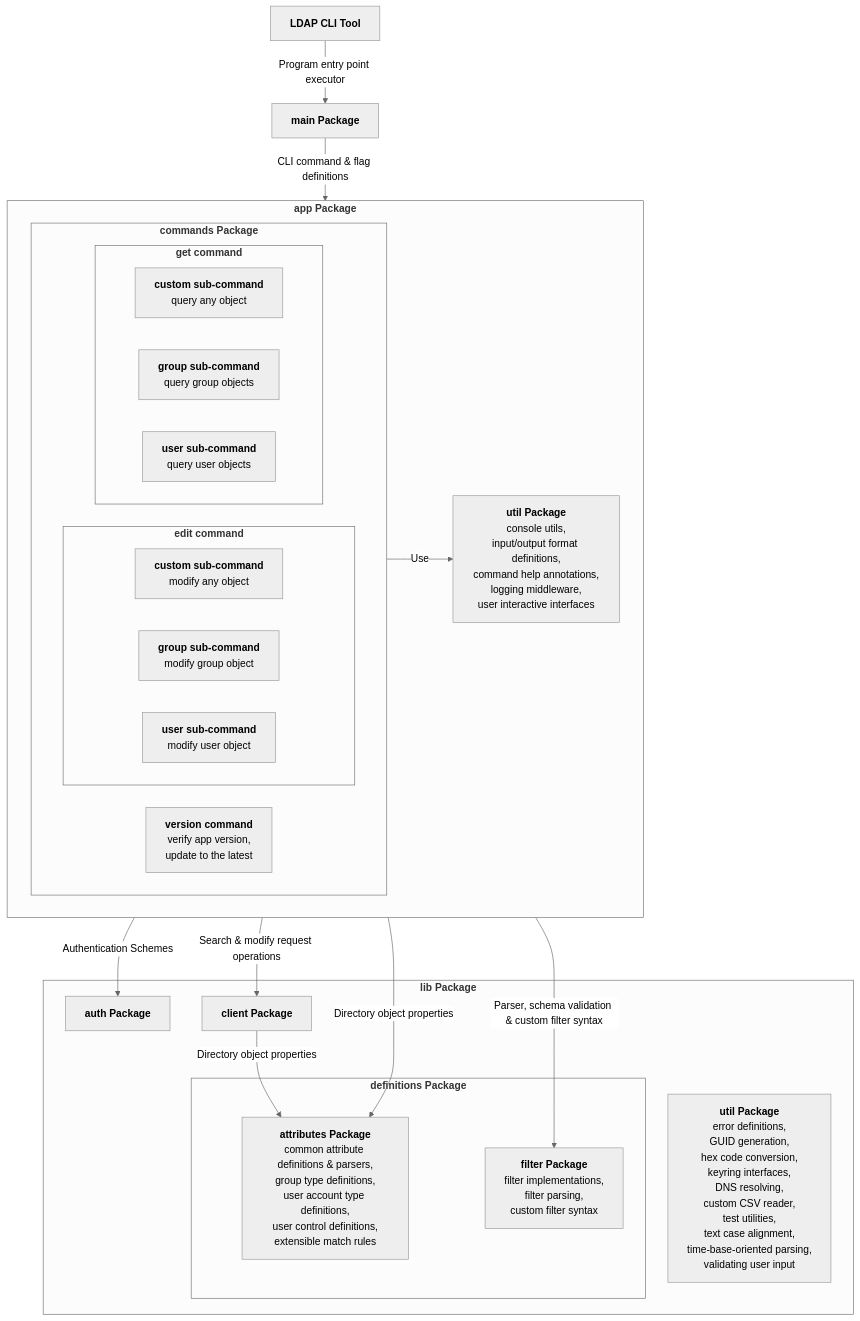
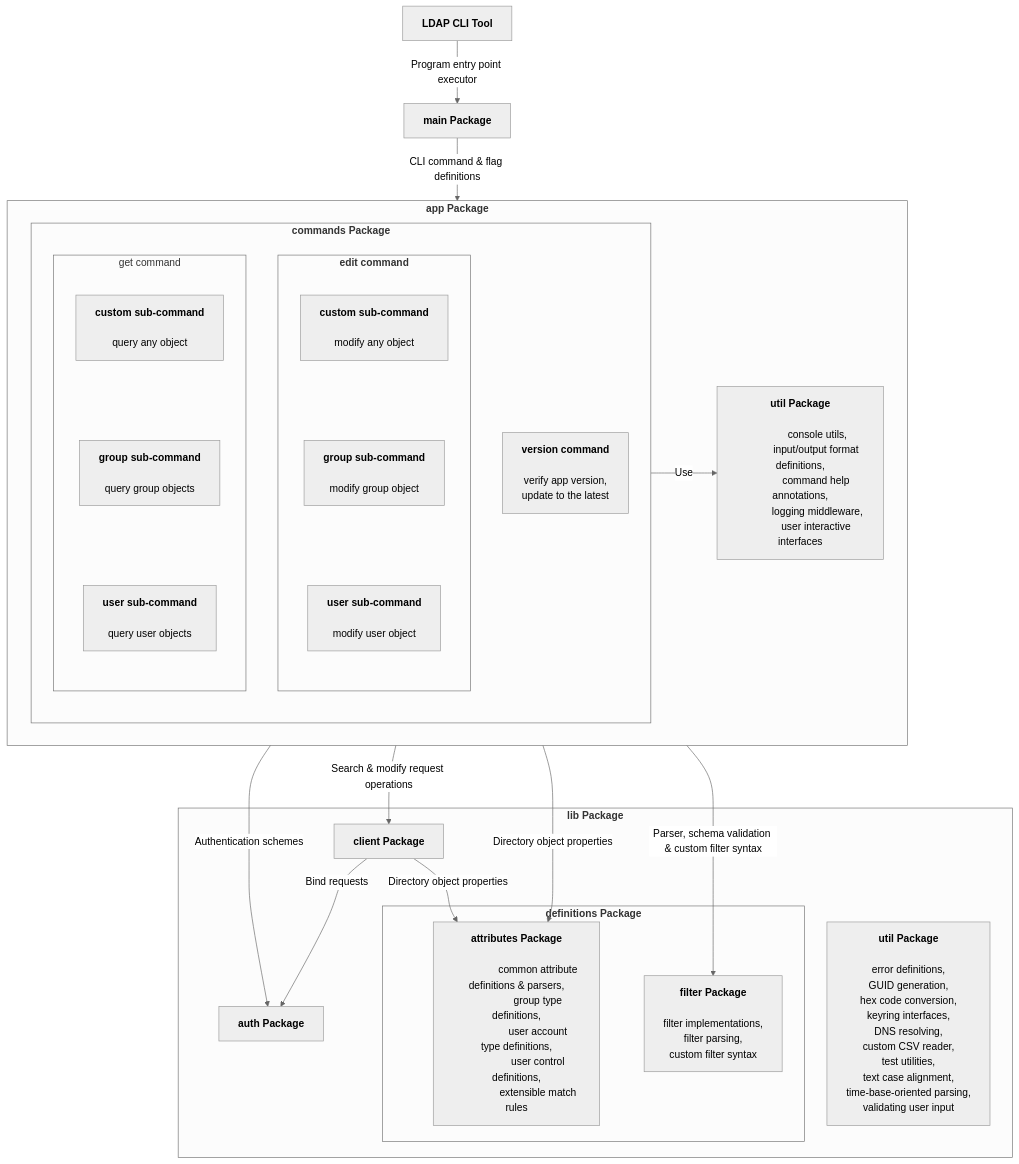
Before and after one commit to sarumaj/ldap-cli: the diagram in README.md, drawn with Mermaid (neutral theme).

Commit message:
escape backtick

````diff
--- a/README.md
+++ b/README.md
@@ -234,18 +234,43 @@
 ```mermaid
+%%{init: { "flowchart": { "htmlLabels": true } } }%%
 graph TB
-    CLI_Tool["`**LDAP CLI Tool**`"] -->|Program entry point executor| Main["`**main Package**`"]
+    CLI_Tool["<b>LDAP CLI Tool</b>"] -->|Program entry point executor| Main["<b>main Package</b>"]
     Main -->|CLI command & flag definitions| App
-    App -->|Authentication Schemes| Auth
+    App -->|Authentication schemes| Auth
     App -->|Search & modify request operations| Client
+    Client -->|Bind requests| Auth
     Client -->|Directory object properties| Attributes
     App -->|Directory object properties| Attributes
     App -->|Parser, schema validation & custom filter syntax| Filter
-    subgraph Lib["`**lib Package**`"]
-        Auth["`**auth Package**`"]
-        Client["`**client Package**`"]
-        Definitions["`**definitions Package**`"]
-        UtilLib["`
-            **util Package**
+    Commands -->|Use| UtilApp
+    EditCustom ~~~ EditGroup
+    EditGroup ~~~ EditUser
+    GetCustom ~~~ GetGroup
+    GetGroup ~~~ GetUser
+    subgraph Lib["<b>lib Package</b>"]
+        Auth["<b>auth Package</b>"]
+        Client["<b>client Package</b>"]
+        subgraph Definitions["<b>definitions Package</b>"]
+            Attributes["
+                <b>attributes Package</b>
+
+                common attribute definitions & parsers,
+                group type definitions,
+                user account type definitions,
+                user control definitions,
+                extensible match rules
+            "]
+            Filter["
+                <b>filter Package</b>
+
+                filter implementations,
+                filter parsing,
+                custom filter syntax
+            "]
+        end
+        UtilLib["
+            <b>util Package</b>
+
             error definitions,
             GUID generation,
             hex code conversion,
@@ -256,71 +281,61 @@
             text case alignment,
             time-base-oriented parsing,
             validating user input
-        `"]
+        "]
     end
-    subgraph App["`**app Package**`"]
-        Commands["`**commands Package**`"]
-        UtilApp["`
-            **util Package**
+    subgraph App["<b>app Package</b>"]
+        subgraph Commands["<b>commands Package</b>"]
+            subgraph EditCmd["<b>edit command</b>"]
+                direction TB
+                EditCustom["
+                    <b>custom sub-command</b>
+
+                    modify any object
+                "]
+                EditGroup["
+                    <b>group sub-command</b>
+
+                    modify group object
+                "]
+                EditUser["
+                    <b>user sub-command</b>
+
+                    modify user object
+                "]
+            end
+            subgraph GetCmd["get command"]
+                direction TB
+                GetCustom["
+                    <b>custom sub-command</b>
+
+                    query any object
+                "]
+                GetGroup["
+                    <b>group sub-command</b>
+
+                    query group objects
+                "]
+                GetUser["
+                    <b>user sub-command</b>
+
+                    query user objects
+                "]
+            end
+            VersionCmd["
+                <b>version command</b>
+
+                verify app version,
+                update to the latest
+            "]
+        end
+        UtilApp["
+            <b>util Package</b>
+
             console utils,
             input/output format definitions,
             command help annotations,
             logging middleware,
             user interactive interfaces
-        `"]
-        Commands -->|Use| UtilApp
-    end
-    subgraph Definitions["`**definitions Package**`"]
-        Attributes["`
-            **attributes Package**
-            common attribute definitions & parsers,
-            group type definitions,
-            user account type definitions,
-            user control definitions,
-            extensible match rules
-        `"]
-        Filter["`
-            **filter Package**
-            filter implementations,
-            filter parsing,
-            custom filter syntax
-        `"]
-    end
-    subgraph Commands["`**commands Package**`"]
-        EditCmd["`**edit command**`"]
-        GetCmd["`**get command**`"]
-        VersionCmd["`
-            **version command**
-            verify app version,
-            update to the latest
-        `"]
-    end
-    subgraph EditCmd["`**edit command**`"]
-        EditCustom["`
-            **custom sub-command**
-            modify any object
-        `"]
-        EditGroup["`
-            **group sub-command**
-            modify group object
-        `"]
-        EditUser["`
-            **user sub-command**
-            modify user object
-        `"]
-    end
-    subgraph GetCmd["`**get command**`"]
-        GetCustom["`
-            **custom sub-command**
-            query any object
-        `"]
-        GetGroup["`
-            **group sub-command**
-            query group objects
-        `"]
-        GetUser["`
-            **user sub-command**
-            query user objects
-        `"]
+        "]
     end
 ```
````
